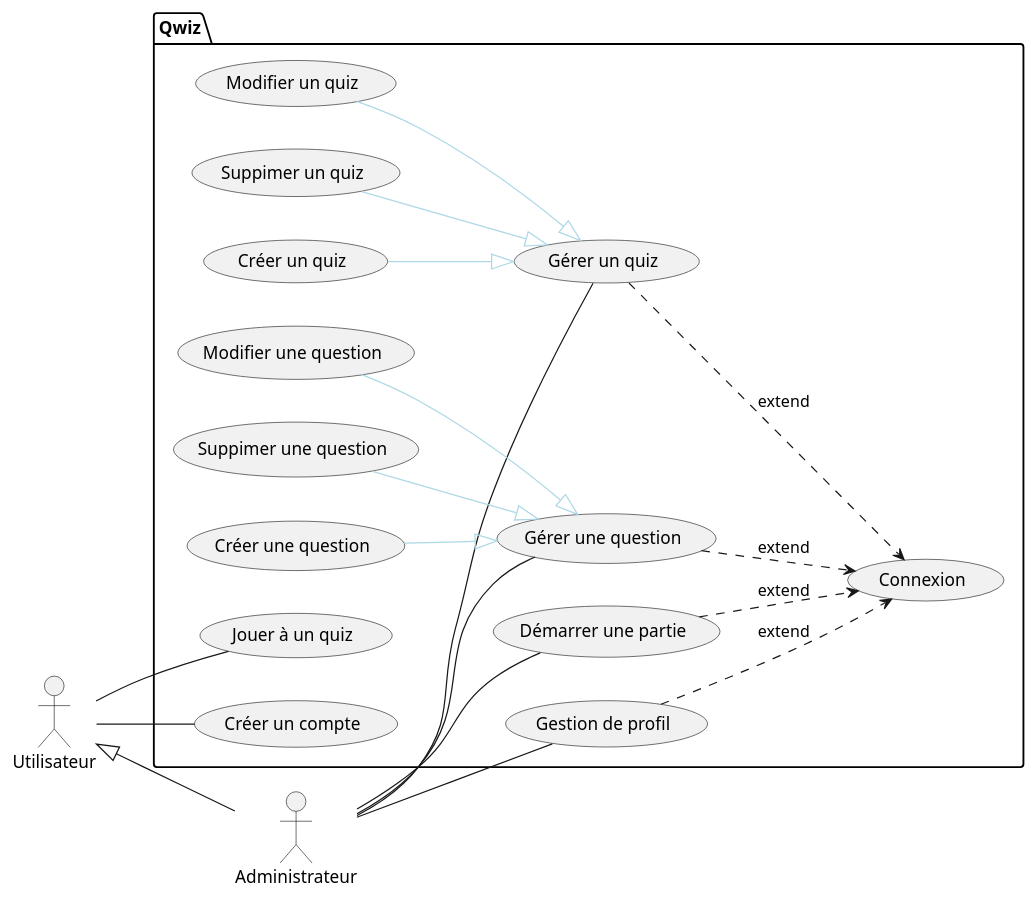
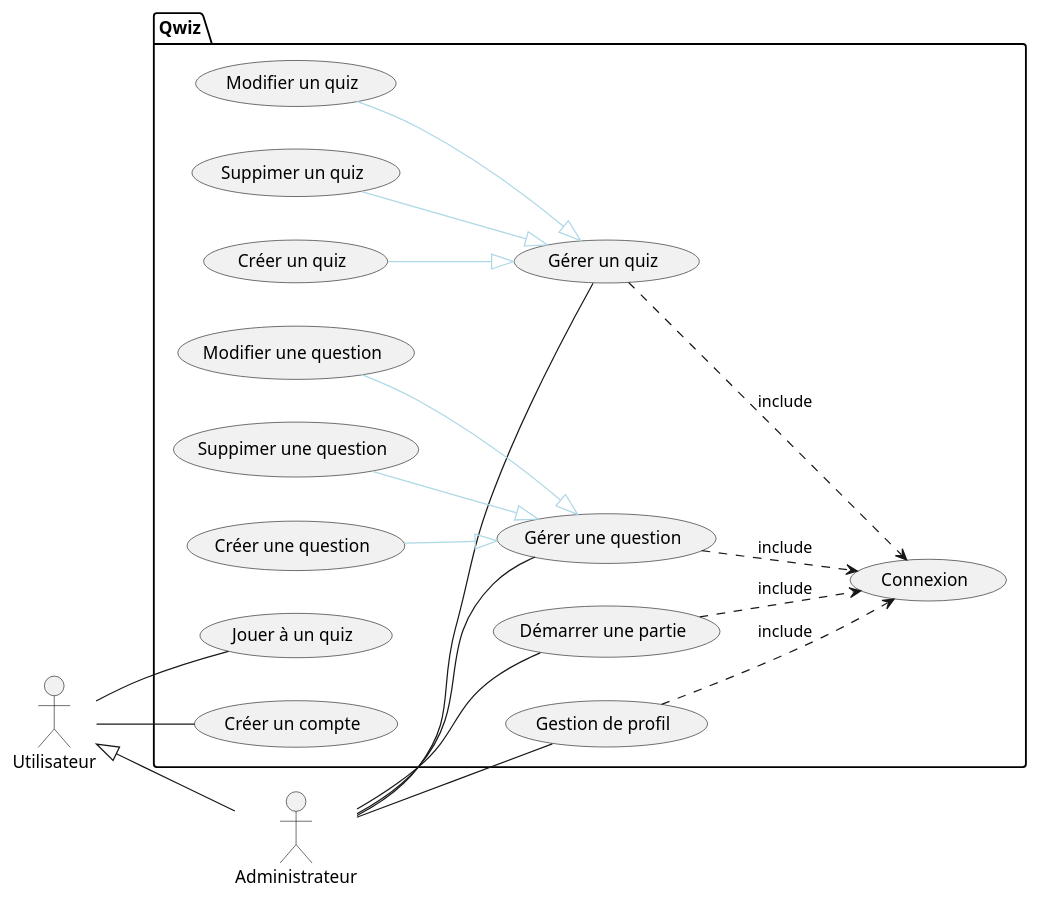
One commit to Qwizs/diagrammes changed the diagram in UseCase/usecase.puml. Above: the diagram before and after it, drawn with PlantUML. The commit also changed 1 other file, not shown here.

```diff
--- a/UseCase/usecase.puml
+++ b/UseCase/usecase.puml
@@ -1,33 +1,33 @@
 @startuml cas-utilisation
 
 left to right direction
 Actor Utilisateur
 Actor Administrateur
 
 Utilisateur <|- Administrateur
 
 
 package "Qwiz" {
   Administrateur -- (Gestion de profil)
   Administrateur -- (Gérer un quiz)
   Administrateur -- (Gérer une question)
   Administrateur -- (Démarrer une partie)
 
-  (Gestion de profil) ..> (Connexion) : extend
-  (Gérer un quiz) ..> (Connexion) : extend
-  (Gérer une question) ..> (Connexion) : extend
-  (Démarrer une partie) ..> (Connexion) : extend
+  (Gestion de profil) ..> (Connexion) : include
+  (Gérer un quiz) ..> (Connexion) : include
+  (Gérer une question) ..> (Connexion) : include
+  (Démarrer une partie) ..> (Connexion) : include
 
   (Créer un quiz) --|> (Gérer un quiz) #LightBlue
   (Modifier un quiz) --|> (Gérer un quiz) #LightBlue
   (Suppimer un quiz) --|> (Gérer un quiz) #LightBlue
 
 
   (Créer une question) --|> (Gérer une question) #LightBlue
   (Modifier une question) --|> (Gérer une question) #LightBlue
   (Suppimer une question) --|> (Gérer une question) #LightBlue
 
   Utilisateur -- (Jouer à un quiz)
   Utilisateur -- (Créer un compte)
 }
 @enduml
```
